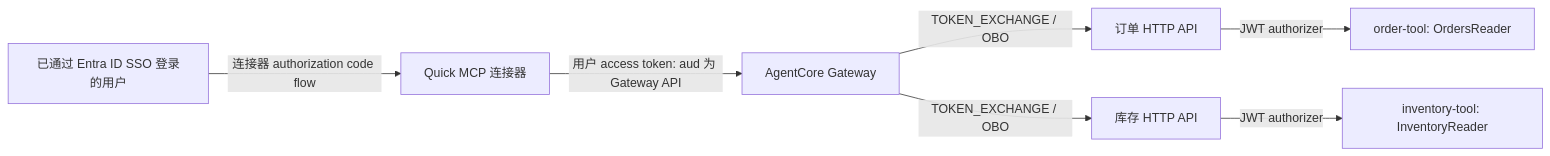
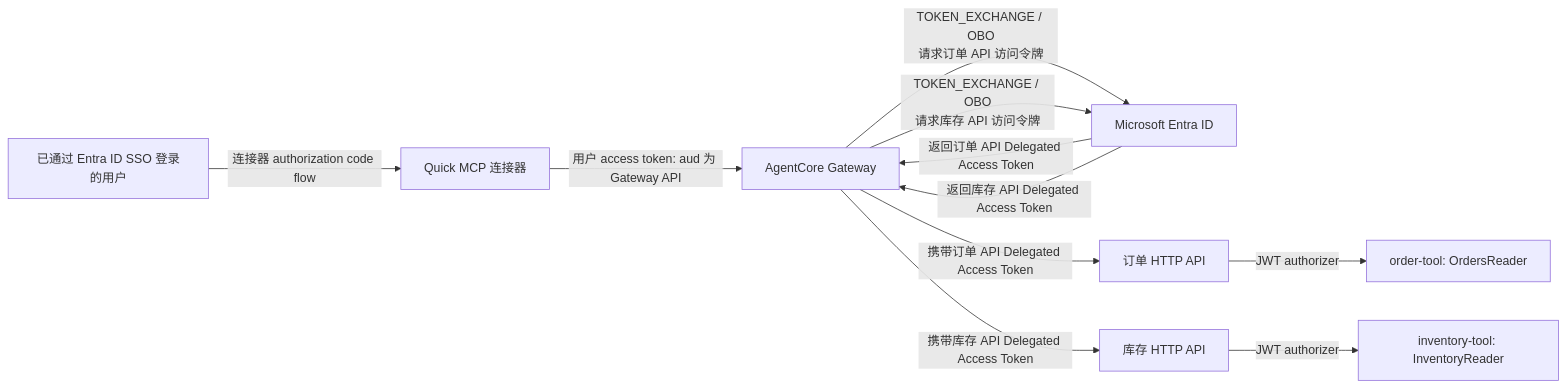
Before and after one commit to nwcd-samples/quick-agentcore-mcp-connector-sample: the third of 4 diagrams in docs/Quick_Connector_AgentCore_Enterprise_Apps_Security_Blog.md, drawn with Mermaid. The commit also changed other lines of this file and 70 other files, not shown here.

````diff
--- a/docs/Quick_Connector_AgentCore_Enterprise_Apps_Security_Blog.md
+++ b/docs/Quick_Connector_AgentCore_Enterprise_Apps_Security_Blog.md
@@ -438,9 +444,16 @@
 ```mermaid
 flowchart LR
     U[已通过 Entra ID SSO 登录的用户] -->|连接器 authorization code flow| Q[Quick MCP 连接器]
     Q -->|用户 access token: aud 为 Gateway API| G[AgentCore Gateway]
-    G -->|TOKEN_EXCHANGE / OBO| OAPI[订单 HTTP API]
-    G -->|TOKEN_EXCHANGE / OBO| IAPI[库存 HTTP API]
+
+    G -->|TOKEN_EXCHANGE / OBO<br/>请求订单 API 访问令牌| E[Microsoft Entra ID]
+    E -->|返回订单 API Delegated Access Token| G
+    G -->|携带订单 API Delegated Access Token| OAPI[订单 HTTP API]
+
+    G -->|TOKEN_EXCHANGE / OBO<br/>请求库存 API 访问令牌| E
+    E -->|返回库存 API Delegated Access Token| G
+    G -->|携带库存 API Delegated Access Token| IAPI[库存 HTTP API]
+
     OAPI -->|JWT authorizer| O[order-tool: OrdersReader]
     IAPI -->|JWT authorizer| I[inventory-tool: InventoryReader]
 ```
````
